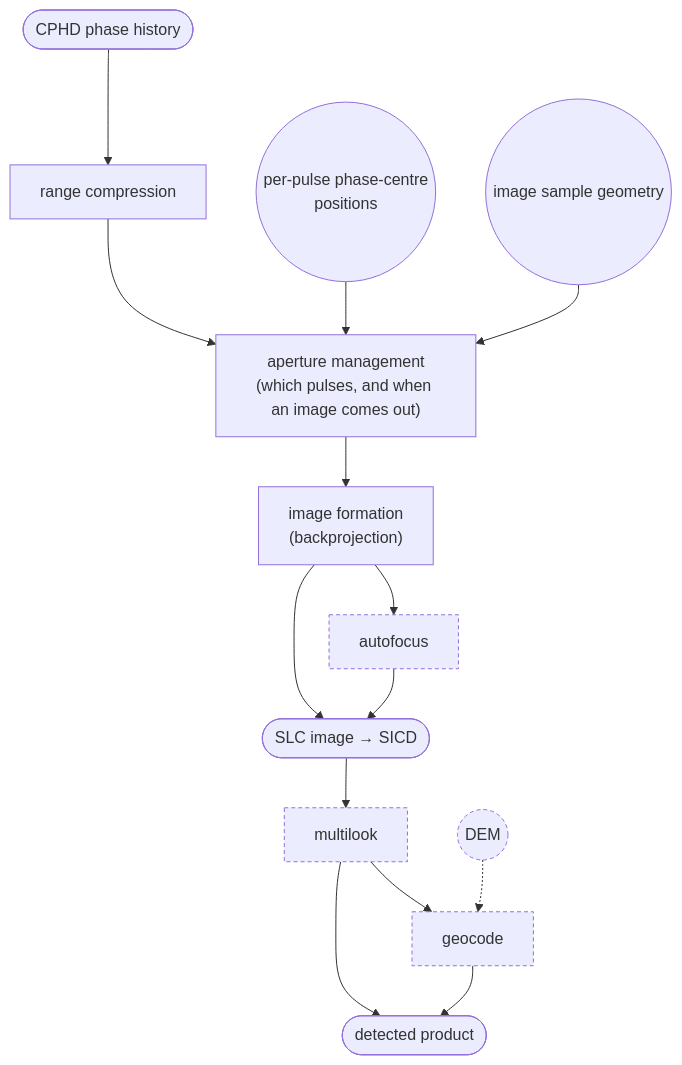
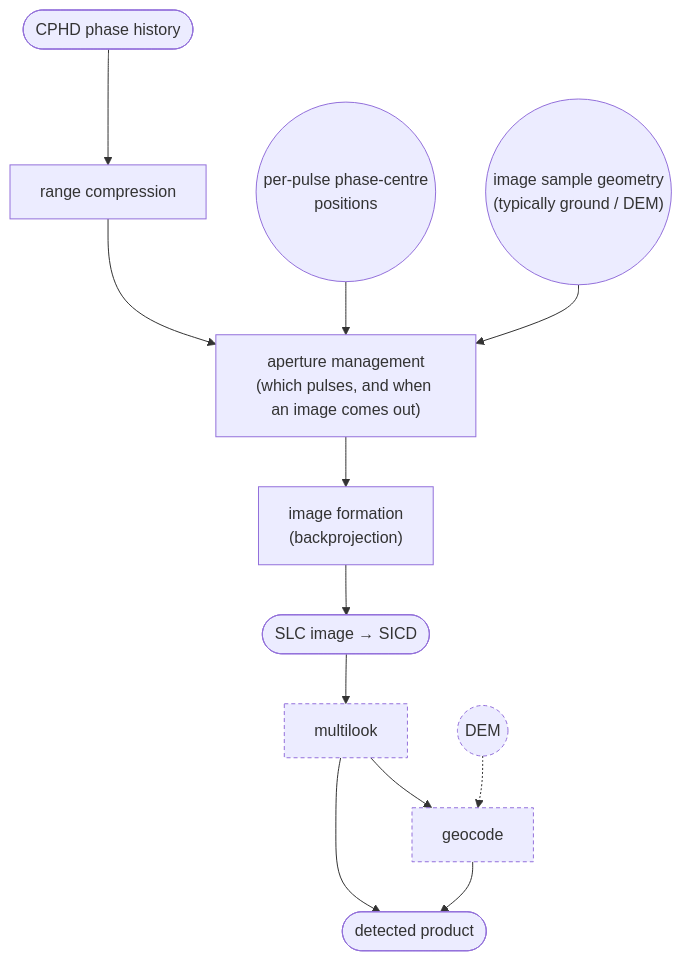
One commit to nvidia-holoscan/holoscan-radar changed the diagram in docs/planning/SAR/PRACTITIONER_OVERVIEW.md. Above: the diagram before and after it, drawn with Mermaid. The commit also changed other lines of this file and 11 other files, not shown here.

````diff
--- a/docs/planning/SAR/PRACTITIONER_OVERVIEW.md
+++ b/docs/planning/SAR/PRACTITIONER_OVERVIEW.md
@@ -29,18 +29,16 @@
 ```mermaid
 flowchart TD
   classDef opt stroke-dasharray:4 3
   CPHD(["CPHD phase history"]) --> RC["range compression"]
   RC --> AM["aperture management<br>(which pulses, and when an image comes out)"]
   AM --> BP["image formation<br>(backprojection)"]
   NAV(("per-pulse phase-centre<br>positions")) --> AM
-  GEOM(("image sample geometry")) --> AM
-  BP --> AF["autofocus"]
-  AF --> SLC(["SLC image → SICD"])
-  BP --> SLC
+  GEOM(("image sample geometry<br>(typically ground / DEM)")) --> AM
+  BP --> SLC(["SLC image → SICD"])
   SLC --> ML["multilook"]
   ML --> GC["geocode"]
   GC --> PROD(["detected product"])
   ML --> PROD
   DEM(("DEM")) -.-> GC
-  class AF,ML,GC,DEM opt
+  class ML,GC,DEM opt
 ```
````
